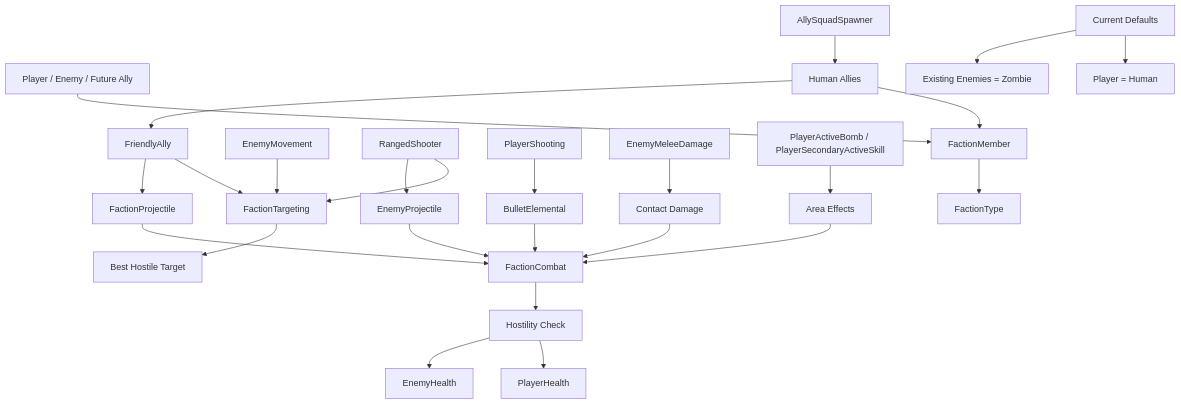
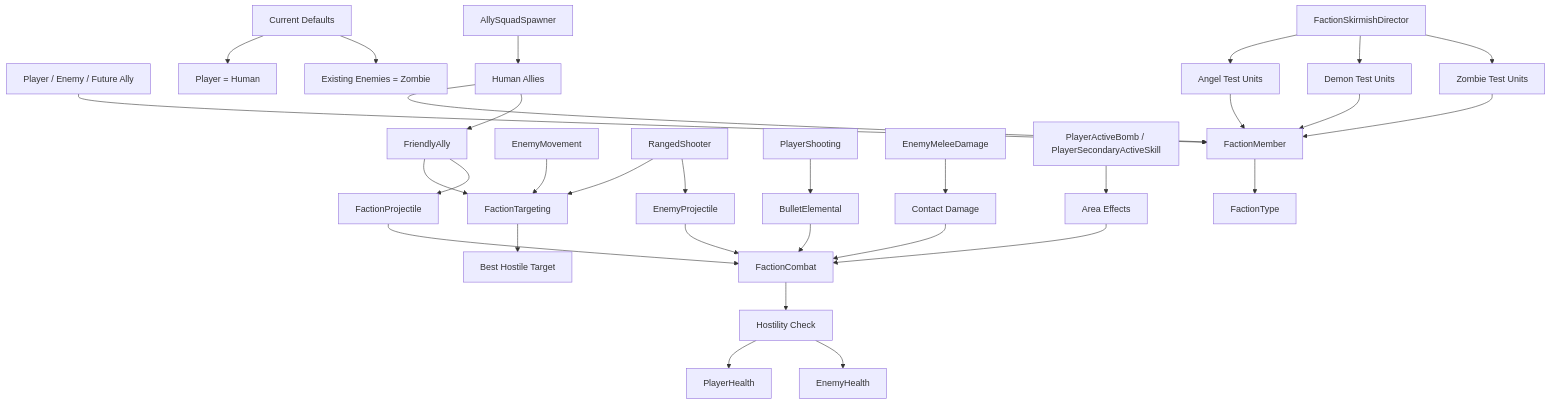
The second of 5 diagrams in Docs/SYSTEM_GRAPH.md (bpopovgit/bullet-heaven-game), drawn with Mermaid before and after one commit. The commit also changed 8 other files, not shown here.

Commit message:
helper feat: added zombie / angels / demon skirmish for priority testing

````diff
--- a/Docs/SYSTEM_GRAPH.md
+++ b/Docs/SYSTEM_GRAPH.md
@@ -72,33 +72,40 @@
 ```mermaid
 flowchart TD
     A["Player / Enemy / Future Ally"] --> B["FactionMember"]
     B --> C["FactionType"]
 
     D["EnemyMovement"] --> E["FactionTargeting"]
     F["RangedShooter"] --> E
     E --> G["Best Hostile Target"]
 
     H["PlayerShooting"] --> I["BulletElemental"]
     F --> J["EnemyProjectile"]
     K["EnemyMeleeDamage"] --> L["Contact Damage"]
     M["PlayerActiveBomb / PlayerSecondaryActiveSkill"] --> N["Area Effects"]
 
     I --> O["FactionCombat"]
     J --> O
     L --> O
     N --> O
 
     O --> P["Hostility Check"]
     P --> Q["PlayerHealth"]
     P --> R["EnemyHealth"]
 
     S["Current Defaults"] --> T["Player = Human"]
     S --> U["Existing Enemies = Zombie"]
 
     V["AllySquadSpawner"] --> W["Human Allies"]
     W --> B
     W --> X["FriendlyAlly"]
     X --> E
     X --> Y["FactionProjectile"]
     Y --> O
+
+    Z["FactionSkirmishDirector"] --> ZA["Angel Test Units"]
+    Z --> ZB["Demon Test Units"]
+    Z --> ZC["Zombie Test Units"]
+    ZA --> B
+    ZB --> B
+    ZC --> B
 ```
````
